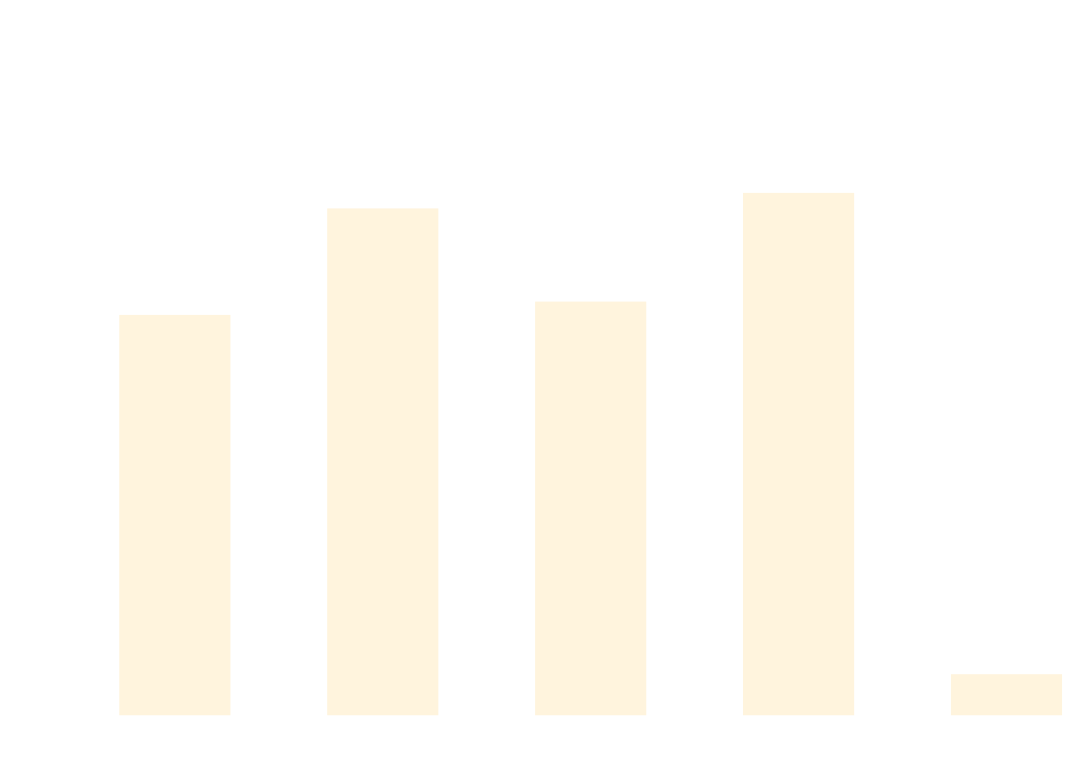
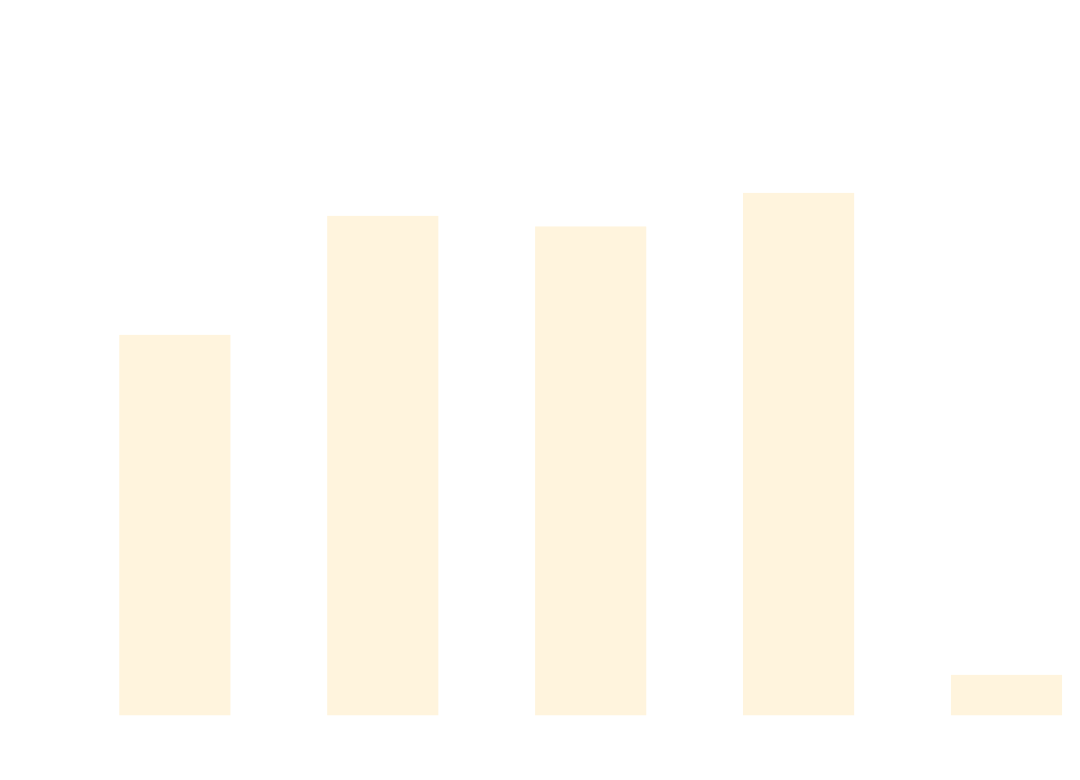
One commit to thomhurst/TUnit changed the diagram in docs/docs/benchmarks/ScaleTests.md. Above: the diagram before and after it, drawn with Mermaid. The commit also changed other lines of this file and 17 other files, not shown here.

````diff
--- a/docs/docs/benchmarks/ScaleTests.md
+++ b/docs/docs/benchmarks/ScaleTests.md
@@ -27,37 +27,37 @@
 ```mermaid
 %%{init: {
   'theme':'base',
   'themeVariables': {
     'primaryColor': '#2563eb',
     'primaryTextColor': '#ffffff',
     'primaryBorderColor': '#1e40af',
     'lineColor': '#6b7280',
     'secondaryColor': '#7c3aed',
     'tertiaryColor': '#dc2626',
     'background': '#ffffff',
     'mainBkg': '#2563eb',
     'secondBkg': '#7c3aed',
     'tertiaryBkg': '#dc2626',
     'clusterBkg': '#f3f4f6',
     'edgeLabelBackground': '#ffffff',
     'tertiaryTextColor': '#1f2937',
     'pie1': '#2563eb',
     'pie2': '#7c3aed',
     'pie3': '#dc2626',
     'pie4': '#f59e0b',
     'pie5': '#10b981',
     'pie6': '#06b6d4',
     'pie7': '#ec4899',
     'pie8': '#6366f1',
     'pie9': '#84cc16',
     'pie10': '#f97316',
     'pie11': '#14b8a6',
     'pie12': '#a855f7'
   }
 }}%%
 xychart-beta
   title "ScaleTests Performance Comparison"
   x-axis ["TUnit", "NUnit", "MSTest", "xUnit3", "TUnit_AOT"]
-  y-axis "Time (ms)" 0 --> 726
-  bar [459.85, 585.87, 475.62, 604.27, 34.66]
+  y-axis "Time (ms)" 0 --> 766
+  bar [460.24, 608.85, 595.63, 637.51, 35.74]
 ```
````
